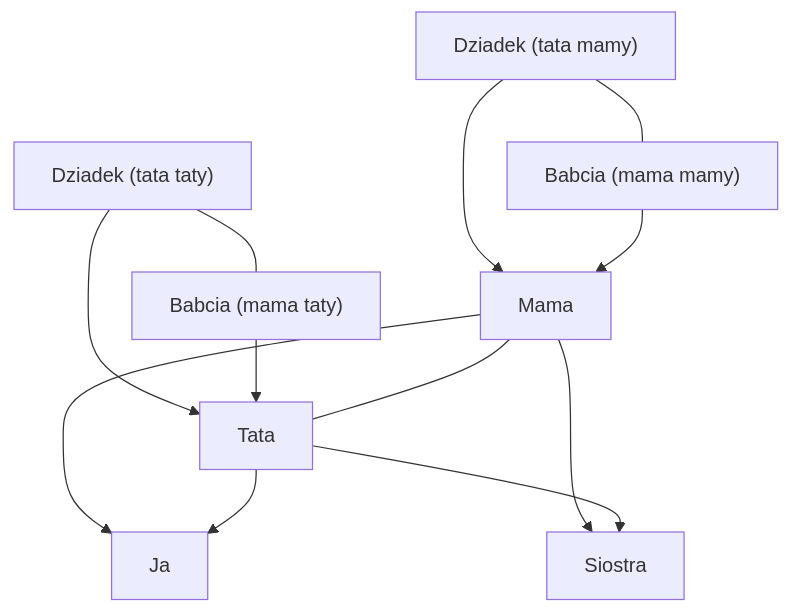
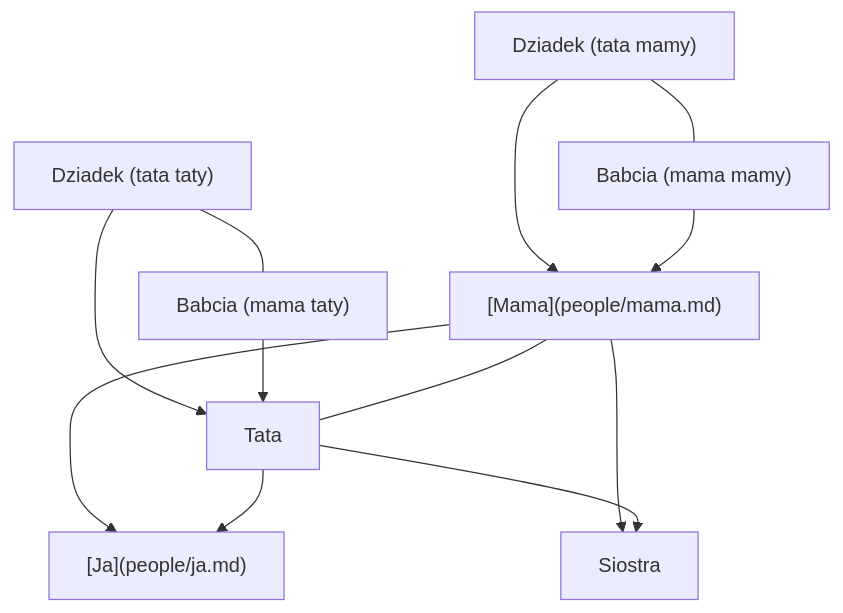
The diagram in README.md (bitowiec/drzewo), drawn with Mermaid before and after one commit.

Commit message:
linki w grafie

````diff
--- a/README.md
+++ b/README.md
@@ -4,31 +4,31 @@
 ```mermaid
 flowchart TB
     %% Pokolenie dziadków
     DziadekMM["Dziadek (tata mamy)"]
     BabciaMM["Babcia (mama mamy)"]
     DziadekMM --- BabciaMM
     DziadekMT["Dziadek (tata taty)"]
     BabciaMT["Babcia (mama taty)"]
     DziadekMT --- BabciaMT
 
     %% Pokolenie rodziców
-    Mama["Mama"]
+    Mama["[Mama](people/mama.md)"]
     DziadekMM --> Mama
     BabciaMM --> Mama
     
     Tata["Tata"]
     DziadekMT --> Tata
     BabciaMT --> Tata
 
     Mama --- Tata
 
     %% Wy
-    Ja["Ja"]
+    Ja["[Ja](people/ja.md)"]
     Mama --> Ja
     Tata --> Ja
     
     Siostra["Siostra"]
     Mama --> Siostra
     Tata --> Siostra
 
 ```
````
